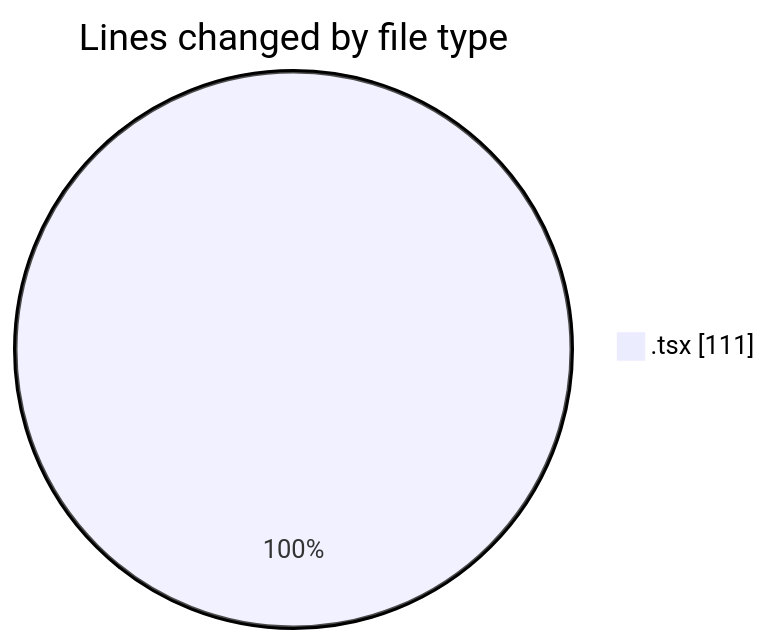
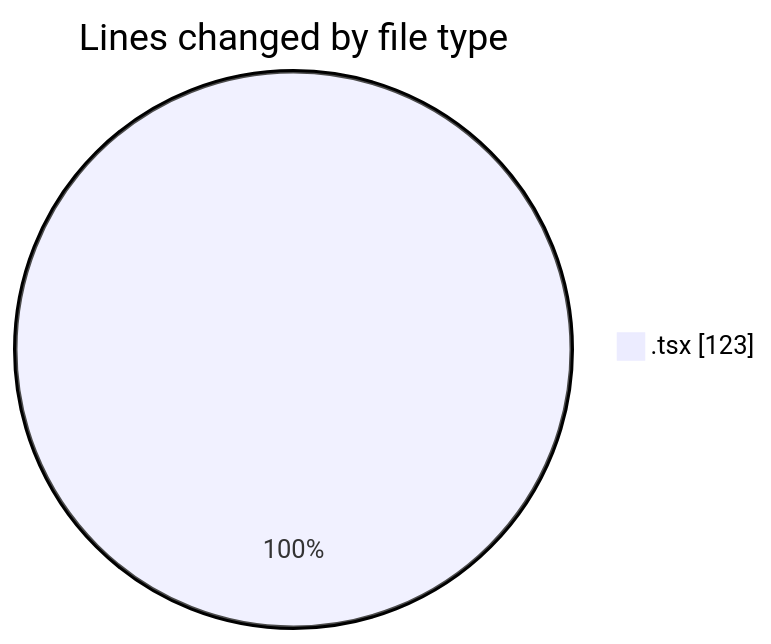
Before and after one commit to EIIisD/code-tracking: the first of 2 diagrams in 2025-08-01/tw-server/README.md, drawn with Mermaid. The commit also changed other lines of this file and 1 other file, not shown here.

````diff
--- a/2025-08-01/tw-server/README.md
+++ b/2025-08-01/tw-server/README.md
@@ -20,5 +20,5 @@
 ```mermaid
 pie showData
 title Lines changed by file type
-".tsx" : 111
+".tsx" : 123
 ```
````
